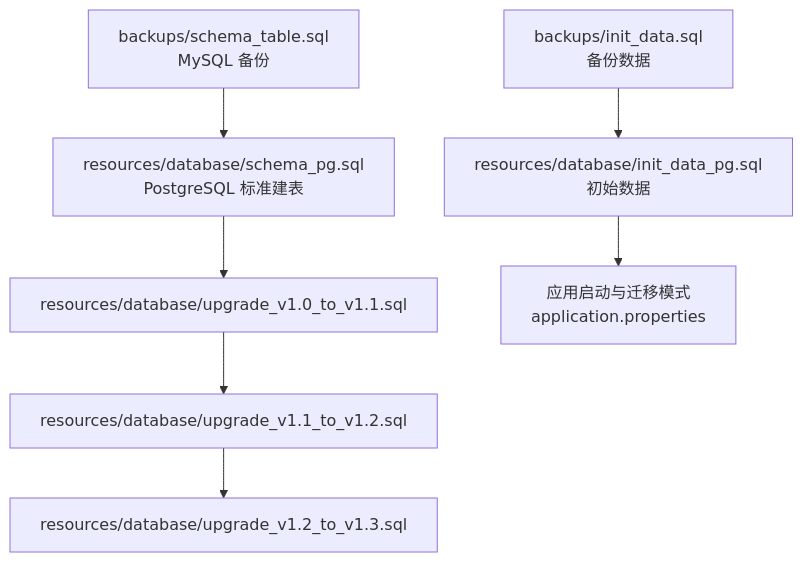
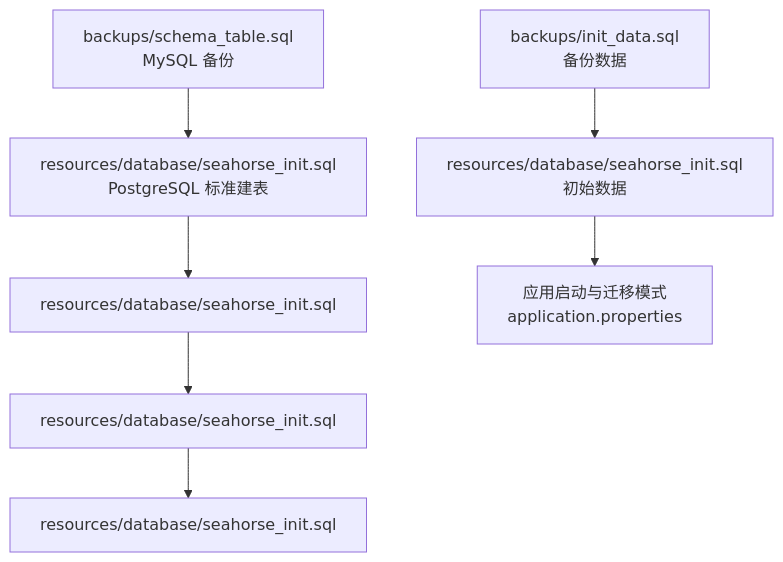
Before and after one commit to onceMisery/seahorse-agent: the first of 6 diagrams in docs/zh/content/数据库设计/数据迁移策略.md, drawn with Mermaid. The commit also changed other lines of this file and 31 other files, not shown here.

First line of the commit message:
refactor: merge all DDL into seahorse_init.sql, delete redundant scripts

````diff
--- a/docs/zh/content/数据库设计/数据迁移策略.md
+++ b/docs/zh/content/数据库设计/数据迁移策略.md
@@ -42,9 +42,9 @@
 ```mermaid
 graph TB
-A["resources/database/schema_pg.sql<br/>PostgreSQL 标准建表"] --> B["resources/database/upgrade_v1.0_to_v1.1.sql"]
-B --> C["resources/database/upgrade_v1.1_to_v1.2.sql"]
-C --> D["resources/database/upgrade_v1.2_to_v1.3.sql"]
-E["resources/database/init_data_pg.sql<br/>初始数据"] --> F["应用启动与迁移模式<br/>application.properties"]
+A["resources/database/seahorse_init.sql<br/>PostgreSQL 标准建表"] --> B["resources/database/seahorse_init.sql"]
+B --> C["resources/database/seahorse_init.sql"]
+C --> D["resources/database/seahorse_init.sql"]
+E["resources/database/seahorse_init.sql<br/>初始数据"] --> F["应用启动与迁移模式<br/>application.properties"]
 G["backups/schema_table.sql<br/>MySQL 备份"] --> A
 H["backups/init_data.sql<br/>备份数据"] --> E
 ```
````
